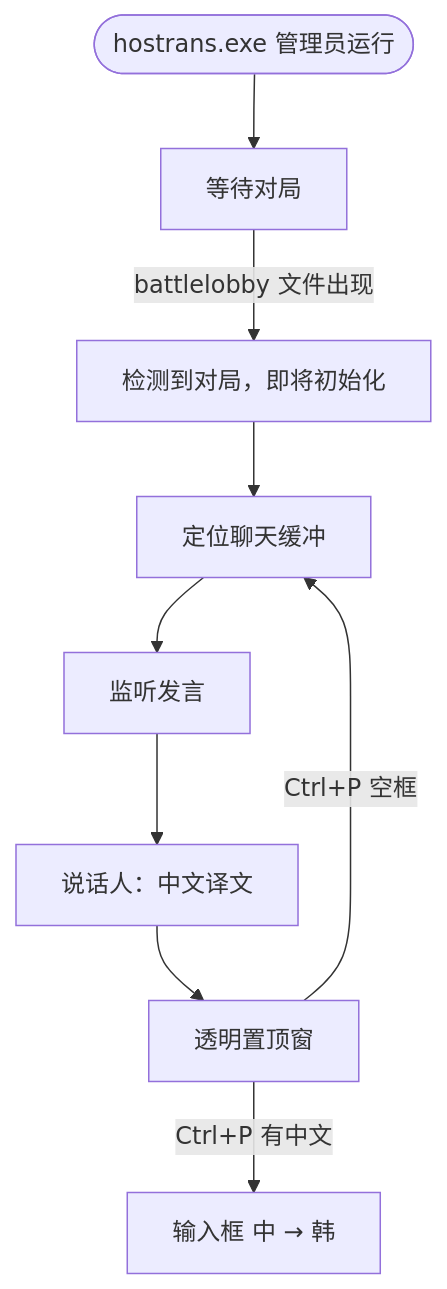
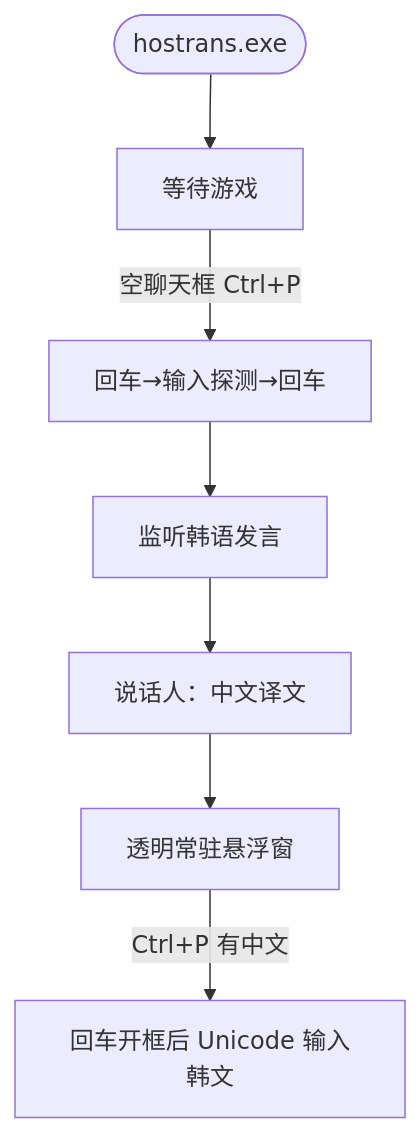
One commit to lewoking/hostrans-go changed the diagram in README.md. Above: the diagram before and after it, drawn with Mermaid. The commit also changed other lines of this file and 9 other files, not shown here.

First line of the commit message:
fix: 去掉 battlelobby；透明常驻窗；探测不用 Ctrl+V；Google 翻译

````diff
--- a/README.md
+++ b/README.md
@@ -5,11 +5,9 @@
 ```mermaid
 flowchart TB
-    Start(["hostrans.exe 管理员运行"]) --> Wait["等待对局"]
-    Wait -->|battlelobby 文件出现| Tip["检测到对局，即将初始化"]
-    Tip --> Loc["定位聊天缓冲"]
-    Loc --> Poll["监听发言"]
+    Start(["hostrans.exe"]) --> Wait["等待游戏"]
+    Wait -->|"空聊天框 Ctrl+P"| Loc["回车→输入探测→回车"]
+    Loc --> Poll["监听韩语发言"]
     Poll --> ZH["说话人：中文译文"]
-    ZH --> OV[透明置顶窗]
-    OV -->|"Ctrl+P 有中文"| Paste["输入框 中 → 韩"]
-    OV -->|"Ctrl+P 空框"| Loc
+    ZH --> OV["透明常驻悬浮窗"]
+    OV -->|"Ctrl+P 有中文"| Paste["回车开框后 Unicode 输入韩文"]
 ```
````
